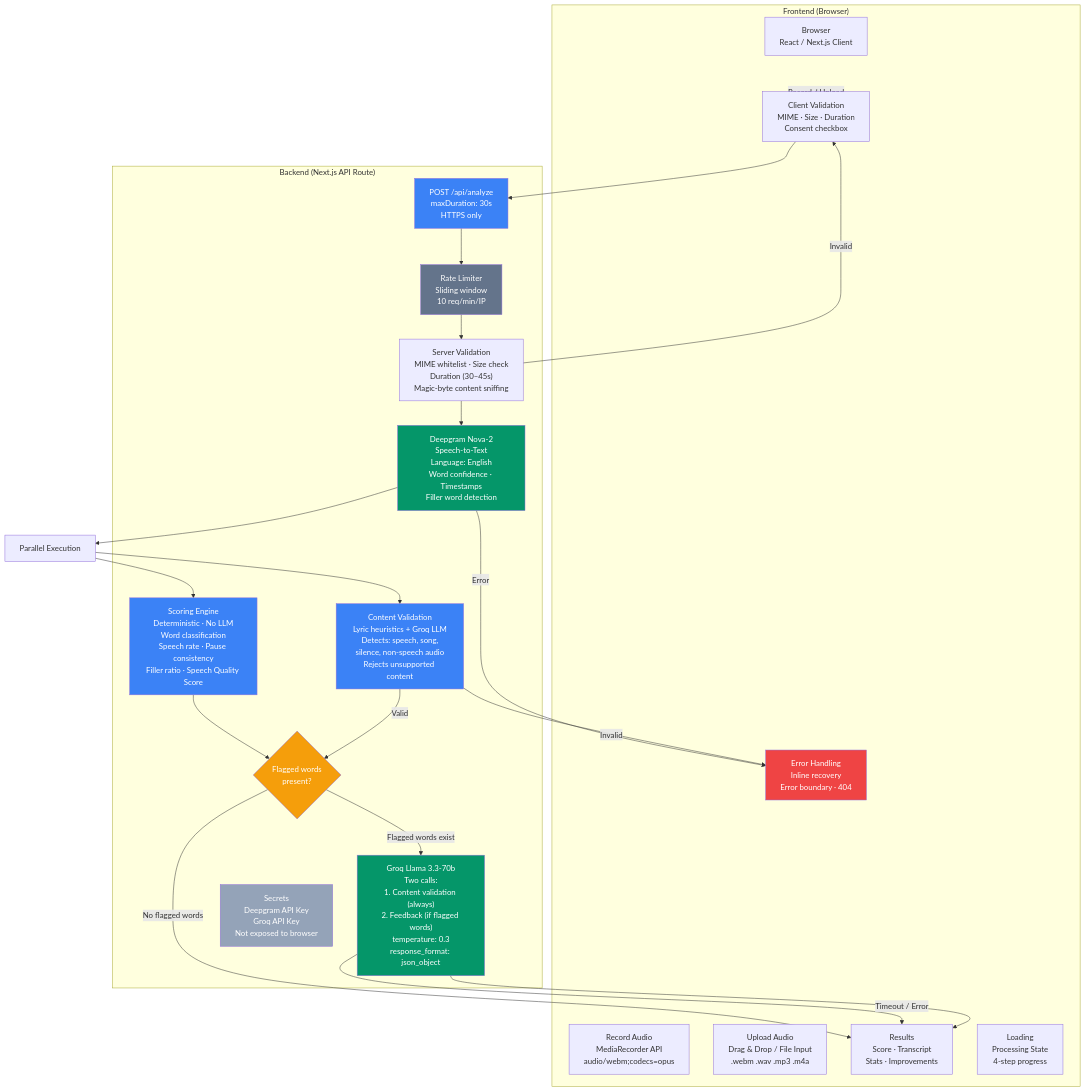
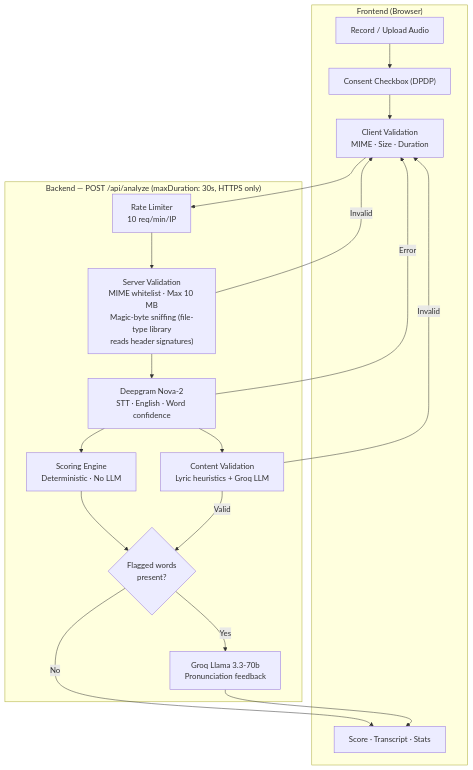
The diagram in ARCHITECTURE.md (Rahul-Aitla/livo), drawn with Mermaid before and after one commit. The commit also changed other lines of this file, not shown here.

Commit message:
architecture file

````diff
--- a/ARCHITECTURE.md
+++ b/ARCHITECTURE.md
@@ -5,96 +5,33 @@
 ```mermaid
 flowchart TB
     subgraph Client ["Frontend (Browser)"]
-        Browser["Browser
-React / Next.js Client"]
-        Record["Record Audio
-MediaRecorder API
-audio/webm;codecs=opus"]
-        Upload["Upload Audio
-Drag & Drop / File Input
-.webm .wav .mp3 .m4a"]
-        ClientValidation["Client Validation
-MIME · Size · Duration
-Consent checkbox"]
-        Results["Results
-Score · Transcript
-Stats · Improvements"]
-        Loading["Loading
-Processing State
-4-step progress"]
-        ErrorHandling["Error Handling
-Inline recovery
-Error boundary · 404"]
+        RecordUpload["Record / Upload Audio"]
+        ConsentCheck["Consent Checkbox (DPDP)"]
+        ClientValidate["Client Validation<br/>MIME · Size · Duration"]
+        Results["Score · Transcript · Stats"]
     end
 
-    subgraph Server ["Backend (Next.js API Route)"]
-        API["POST /api/analyze
-maxDuration: 30s
-HTTPS only"]
-        RateLimit["Rate Limiter
-Sliding window
-10 req/min/IP"]
-        ServerValidation["Server Validation
-MIME whitelist · Size check
-Duration (30–45s)
-Magic-byte content sniffing"]
-        Deepgram["Deepgram Nova-2
-Speech-to-Text
-Language: English
-Word confidence · Timestamps
-Filler word detection"]
-        Scoring["Scoring Engine
-Deterministic · No LLM
-Word classification
-Speech rate · Pause consistency
-Filler ratio · Speech Quality Score"]
-        ContentValidation["Content Validation
-Lyric heuristics + Groq LLM
-Detects: speech, song,
-silence, non-speech audio
-Rejects unsupported content"]
-        GroqCondition{"Flagged words
-present?"}
-        Groq["Groq Llama 3.3-70b
-Two calls:
-1. Content validation (always)
-2. Feedback (if flagged words)
-temperature: 0.3
-response_format: json_object"]
-        Secrets["Secrets
-Deepgram API Key
-Groq API Key
-Not exposed to browser"]
+    subgraph Server ["Backend — POST /api/analyze (maxDuration: 30s, HTTPS only)"]
+        RateLimit["Rate Limiter<br/>10 req/min/IP"]
+        ServerValidate["Server Validation<br/>MIME whitelist · Max 10 MB<br/>Magic-byte sniffing (file-type library<br/>reads header signatures)"]
+        Deepgram["Deepgram Nova-2<br/>STT · English · Word confidence"]
+        Scoring["Scoring Engine<br/>Deterministic · No LLM"]
+        ContentVal["Content Validation<br/>Lyric heuristics + Groq LLM"]
+        Flagged{"Flagged words<br/>present?"}
+        GroqFeedback["Groq Llama 3.3-70b<br/>Pronunciation feedback"]
     end
 
-    Client -->|"Record / Upload"| ClientValidation
-    ClientValidation --> API
-    API --> RateLimit
-    RateLimit --> ServerValidation
-    ServerValidation -->|"Invalid"| ClientValidation
-    ServerValidation --> Deepgram
-    Deepgram -->|"Error"| ErrorHandling
-    Deepgram --> Parallel
-
-    Parallel["Parallel Execution"]
-    Parallel --> Scoring
-    Parallel --> ContentValidation
-
-    Scoring --> GroqCondition
-    ContentValidation -->|"Invalid"| ErrorHandling
-    ContentValidation -->|"Valid"| GroqCondition
-    GroqCondition -- "No flagged words" --> Results
-    GroqCondition -- "Flagged words exist" --> Groq
-    Groq -->|"Timeout / Error"| Results
-    Groq --> Results
-
-    style Secrets fill:#94A3B8,color:#fff
-    style RateLimit fill:#64748B,color:#fff
-    style API fill:#3B82F6,color:#fff
-    style Deepgram fill:#059669,color:#fff
-    style Groq fill:#059669,color:#fff
-    style Scoring fill:#3B82F6,color:#fff
-    style ContentValidation fill:#3B82F6,color:#fff
-    style GroqCondition fill:#F59E0B,color:#fff
-    style ErrorHandling fill:#EF4444,color:#fff
+    RecordUpload --> ConsentCheck --> ClientValidate --> RateLimit
+    RateLimit --> ServerValidate
+    ServerValidate -->|Invalid| ClientValidate
+    ServerValidate --> Deepgram
+    Deepgram -->|Error| ClientValidate
+    Deepgram --> Scoring
+    Deepgram --> ContentVal
+    ContentVal -->|Invalid| ClientValidate
+    ContentVal -->|Valid| Flagged
+    Scoring --> Flagged
+    Flagged -->|No| Results
+    Flagged -->|Yes| GroqFeedback
+    GroqFeedback --> Results
 ```
````
